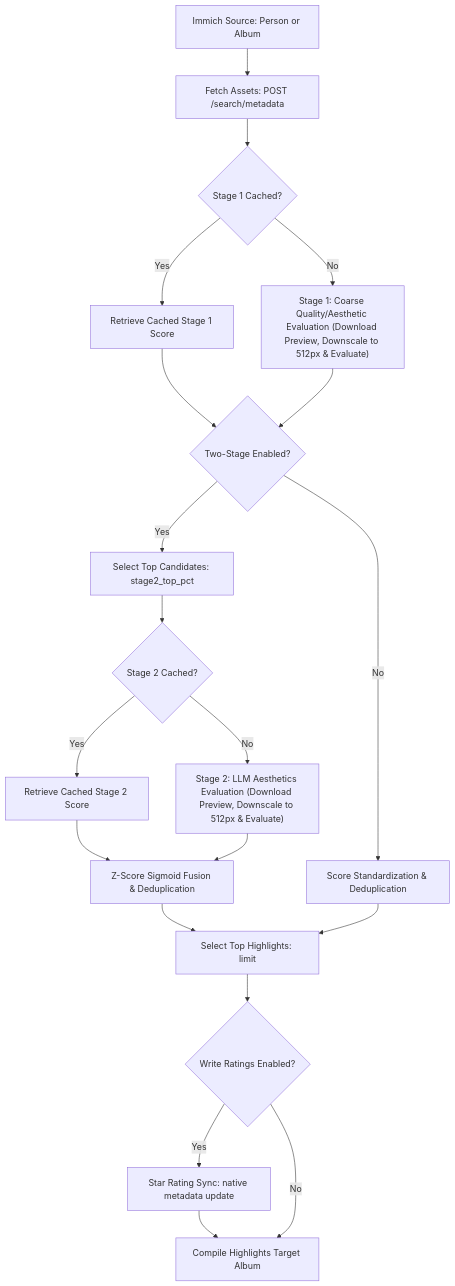
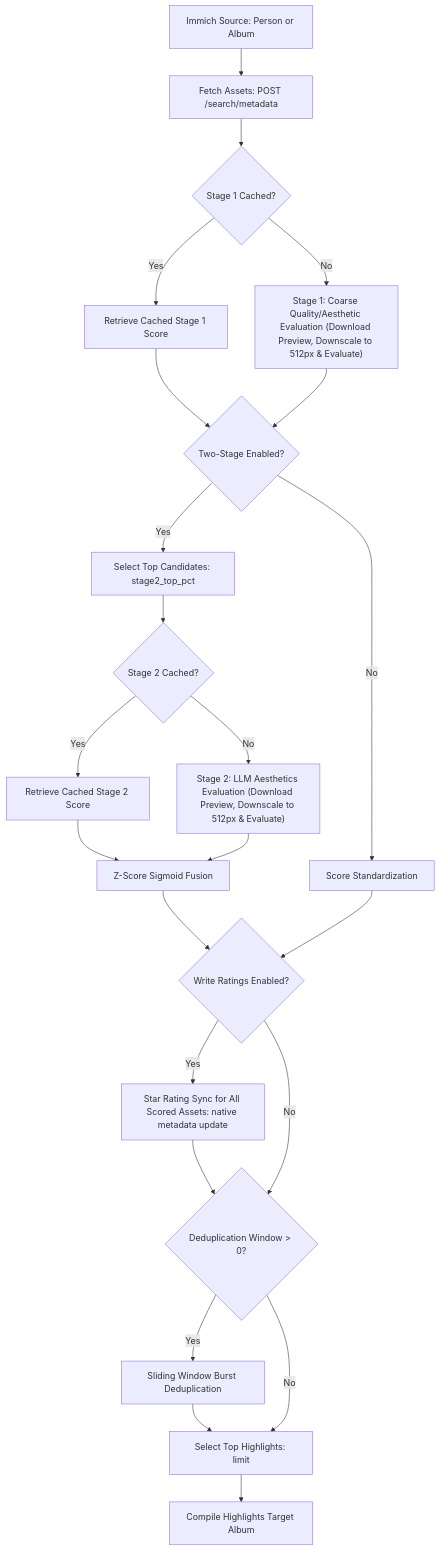
One commit to jbelew/immich-aesthetic-scorer changed the diagram in README.md. Above: the diagram before and after it, drawn with Mermaid. The commit also changed 1 other file, not shown here.

Commit message:
docs: correct order of rating sync and deduplication in flow diagrams
- Change Mermaid flow diagrams in README.md and code_review_and_architecture.md to show that Write Ratings Sync is done on all scored assets immediately after fusion/standardization
- Reposition Burst Deduplication and Select Top Highlights selection steps after the Write Ratings branch to match the python code order

````diff
--- a/README.md
+++ b/README.md
@@ -17,30 +17,35 @@
 ```mermaid
 graph TD
     A[Immich Source: Person or Album] --> B[Fetch Assets: POST /search/metadata]
     B --> C{Stage 1 Cached?}
 
     C -->|Yes| D[Retrieve Cached Stage 1 Score]
     C -->|No| E["Stage 1: Coarse Quality/Aesthetic Evaluation (Download Preview, Downscale to 512px & Evaluate)"]
 
     D --> F{Two-Stage Enabled?}
     E --> F
 
     F -->|Yes| G[Select Top Candidates: stage2_top_pct]
     G --> H{Stage 2 Cached?}
 
     H -->|Yes| I[Retrieve Cached Stage 2 Score]
     H -->|No| J["Stage 2: LLM Aesthetics Evaluation (Download Preview, Downscale to 512px & Evaluate)"]
 
-    I --> K[Z-Score Sigmoid Fusion & Deduplication]
+    I --> K[Z-Score Sigmoid Fusion]
     J --> K
 
-    F -->|No| L[Score Standardization & Deduplication]
+    F -->|No| L[Score Standardization]
 
-    K --> M[Select Top Highlights: limit]
-    L --> M
+    K --> N{Write Ratings Enabled?}
+    L --> N
 
-    M --> N{Write Ratings Enabled?}
-    N -->|Yes| O[Star Rating Sync: native metadata update]
-    O --> P[Compile Highlights Target Album]
+    N -->|Yes| O[Star Rating Sync for All Scored Assets: native metadata update]
+    O --> P{Deduplication Window > 0?}
     N -->|No| P
+
+    P -->|Yes| Q[Sliding Window Burst Deduplication]
+    Q --> R[Select Top Highlights: limit]
+    P -->|No| R
+
+    R --> S[Compile Highlights Target Album]
 ```
````
